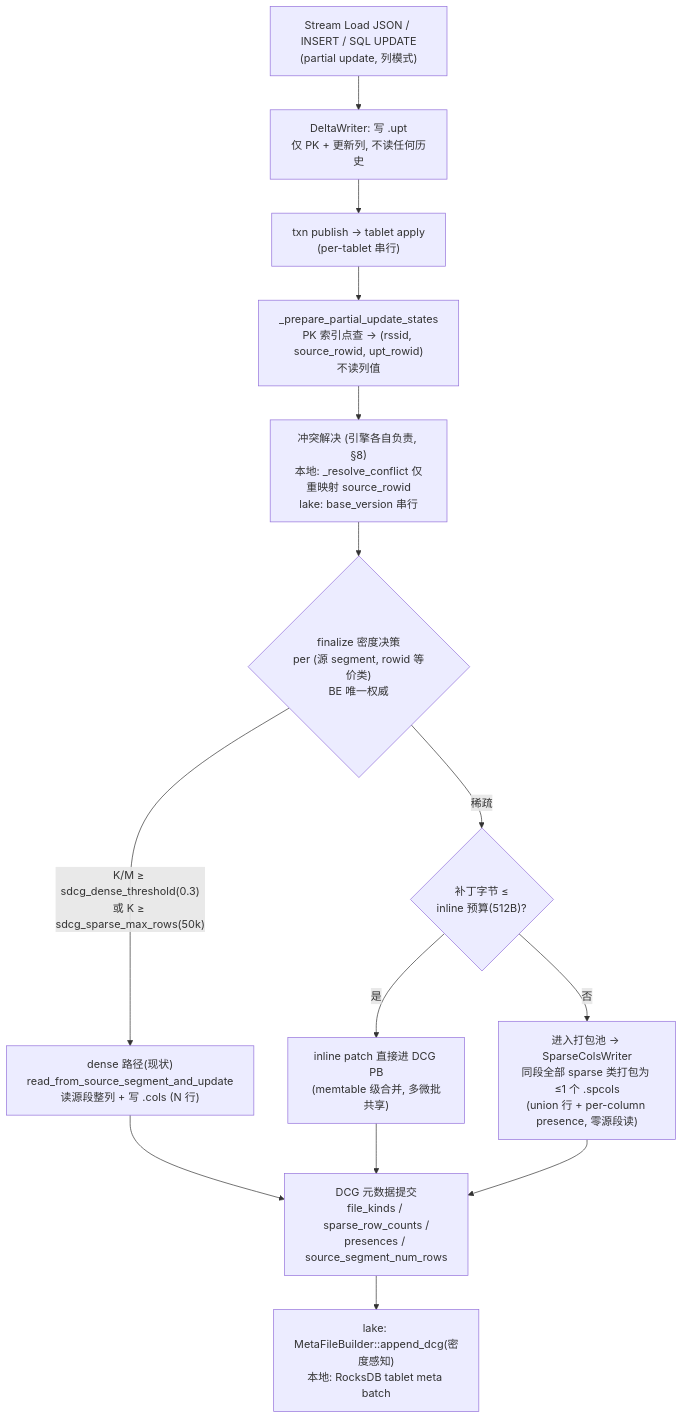
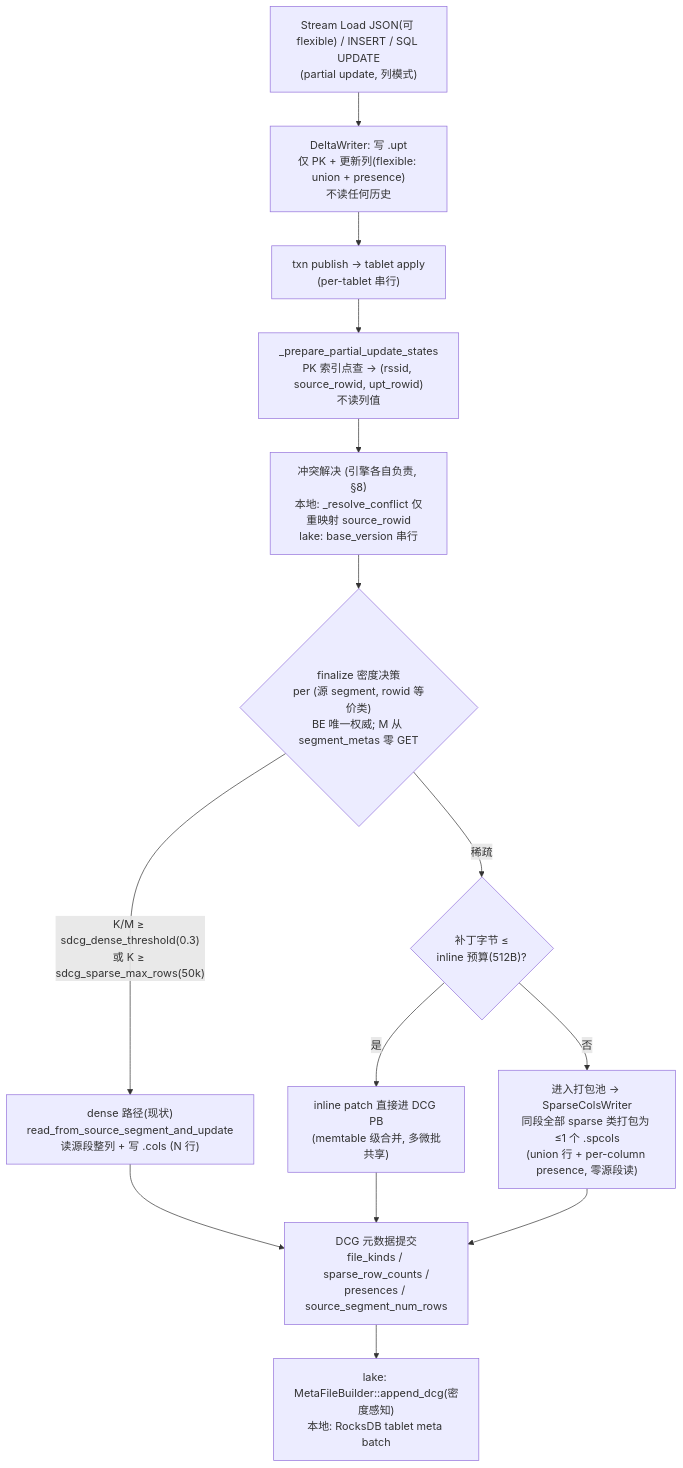
Before and after one commit to meegoo/starrocks: the first of 4 diagrams in handbook/plans/active/2026-06-01-partial-update-sdcg-design.md, drawn with Mermaid. The commit also changed other lines of this file, not shown here.

````diff
--- a/handbook/plans/active/2026-06-01-partial-update-sdcg-design.md
+++ b/handbook/plans/active/2026-06-01-partial-update-sdcg-design.md
@@ -267,16 +290,16 @@
 ```mermaid
 flowchart TD
-    A["Stream Load JSON / INSERT / SQL UPDATE<br/>(partial update, 列模式)"] --> B["DeltaWriter: 写 .upt<br/>仅 PK + 更新列, 不读任何历史"]
+    A["Stream Load JSON(可 flexible) / INSERT / SQL UPDATE<br/>(partial update, 列模式)"] --> B["DeltaWriter: 写 .upt<br/>仅 PK + 更新列(flexible: union + presence)<br/>不读任何历史"]
     B --> C["txn publish → tablet apply<br/>(per-tablet 串行)"]
     C --> D["_prepare_partial_update_states<br/>PK 索引点查 → (rssid, source_rowid, upt_rowid)<br/>不读列值"]
     D --> E["冲突解决 (引擎各自负责, §8)<br/>本地: _resolve_conflict 仅重映射 source_rowid<br/>lake: base_version 串行"]
-    E --> F{"finalize 密度决策<br/>per (源 segment, rowid 等价类)<br/>BE 唯一权威"}
+    E --> F{"finalize 密度决策<br/>per (源 segment, rowid 等价类)<br/>BE 唯一权威; M 从 segment_metas 零 GET"}
     F -- "K/M ≥ sdcg_dense_threshold(0.3)<br/>或 K ≥ sdcg_sparse_max_rows(50k)" --> G["dense 路径(现状)<br/>read_from_source_segment_and_update<br/>读源段整列 + 写 .cols (N 行)"]
     F -- "稀疏" --> H{"补丁字节 ≤<br/>inline 预算(512B)?"}
     H -- "是" --> I["inline patch 直接进 DCG PB<br/>(memtable 级合并, 多微批共享)"]
     H -- "否" --> J["进入打包池 → SparseColsWriter<br/>同段全部 sparse 类打包为 ≤1 个 .spcols<br/>(union 行 + per-column presence, 零源段读)"]
     G --> K["DCG 元数据提交<br/>file_kinds / sparse_row_counts /<br/>presences / source_segment_num_rows"]
     I --> K
     J --> K
     K --> L["lake: MetaFileBuilder::append_dcg(密度感知)<br/>本地: RocksDB tablet meta batch"]
 ```
````
